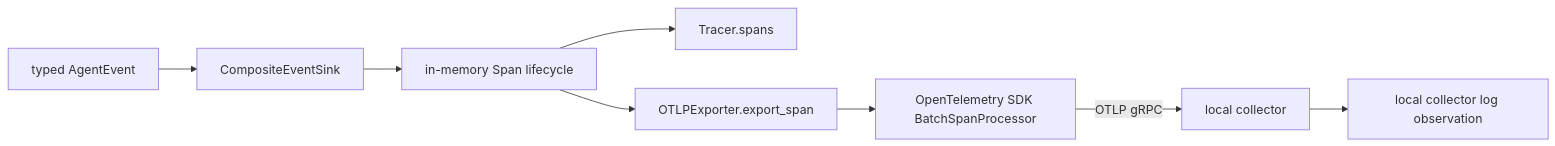
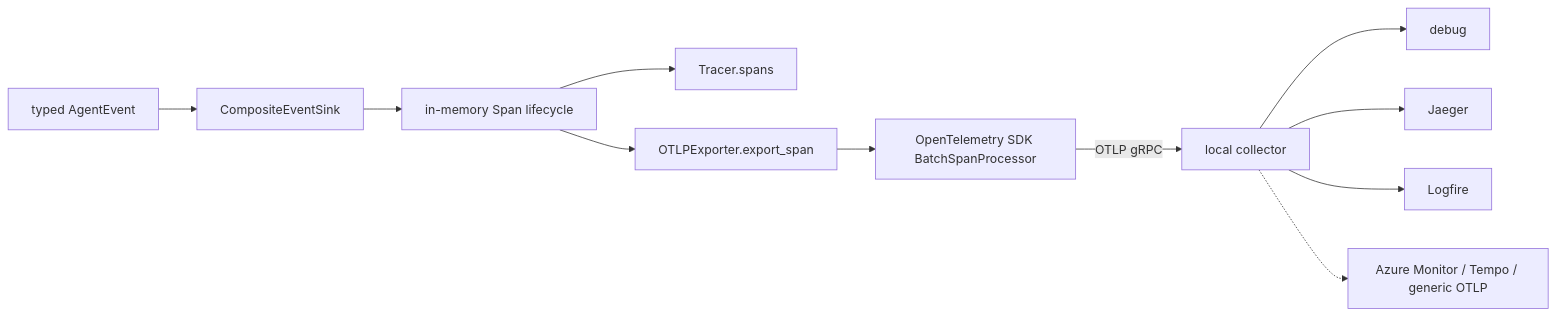
One commit to levalencia/archon changed the first of 3 diagrams in docs/course/concepts/tracing-opentelemetry.md. Above: the diagram before and after it, drawn with Mermaid. The commit also changed other lines of this file and 56 other files, not shown here.

````diff
--- a/docs/course/concepts/tracing-opentelemetry.md
+++ b/docs/course/concepts/tracing-opentelemetry.md
@@ -39,10 +39,13 @@
 ```mermaid
 flowchart LR
     E[typed AgentEvent] --> S[CompositeEventSink]
     S --> I[in-memory Span lifecycle]
     I --> T[Tracer.spans]
     I --> X[OTLPExporter.export_span]
     X --> SDK[OpenTelemetry SDK BatchSpanProcessor]
     SDK -->|OTLP gRPC| C[local collector]
-    C --> L[local collector log observation]
+    C --> D[debug]
+    C --> J[Jaeger]
+    C --> L[Logfire]
+    C -.-> A[Azure Monitor / Tempo / generic OTLP]
 ```
````
